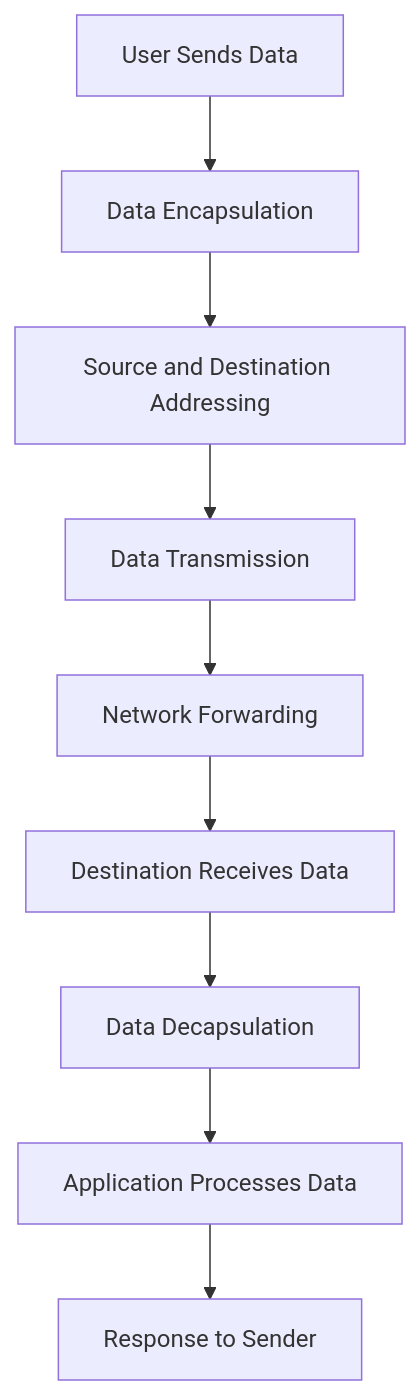
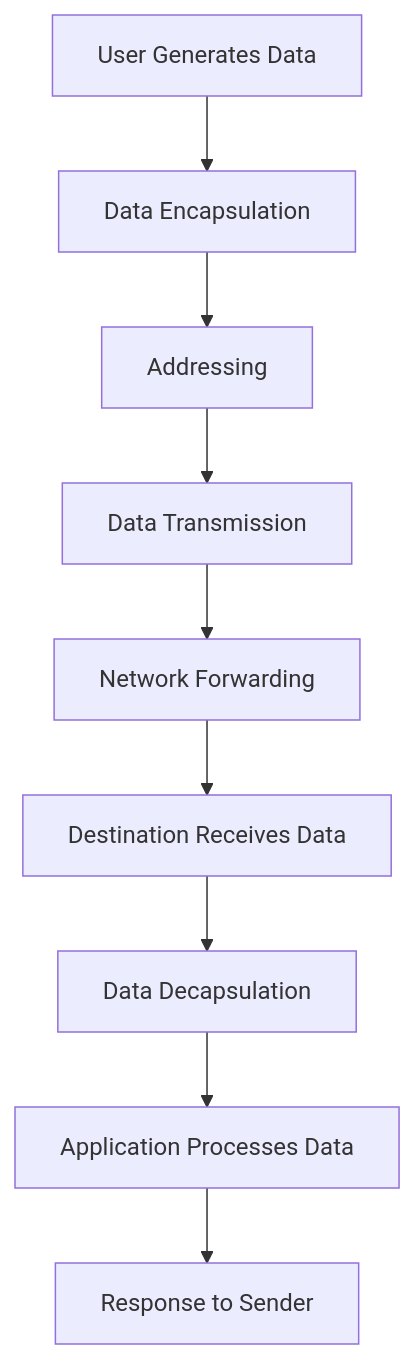
Before and after one commit to tahirmehdi001-cyberexpert/Networking-Cybersecurity-Portfolio: the first of 6 diagrams in 01-Networking-Fundamentals/01-Networking-Basics/01-Introduction-to-Computer-Networking/05-How-Computer-Networks-Work.md.md, drawn with Mermaid. The commit also changed other lines of this file, not shown here.

````diff
--- a/01-Networking-Fundamentals/01-Networking-Basics/01-Introduction-to-Computer-Networking/05-How-Computer-Networks-Work.md.md
+++ b/01-Networking-Fundamentals/01-Networking-Basics/01-Introduction-to-Computer-Networking/05-How-Computer-Networks-Work.md.md
@@ -76,11 +92,11 @@
 ```mermaid
 flowchart TD
-    A[User Sends Data] --> B[Data Encapsulation]
-    B --> C[Source and Destination Addressing]
-    C --> D[Data Transmission]
-    D --> E[Network Forwarding]
-    E --> F[Destination Receives Data]
-    F --> G[Data Decapsulation]
-    G --> H[Application Processes Data]
-    H --> I[Response to Sender]
+    A["User Generates Data"] --> B["Data Encapsulation"]
+    B --> C["Addressing"]
+    C --> D["Data Transmission"]
+    D --> E["Network Forwarding"]
+    E --> F["Destination Receives Data"]
+    F --> G["Data Decapsulation"]
+    G --> H["Application Processes Data"]
+    H --> I["Response to Sender"]
 ```
````
